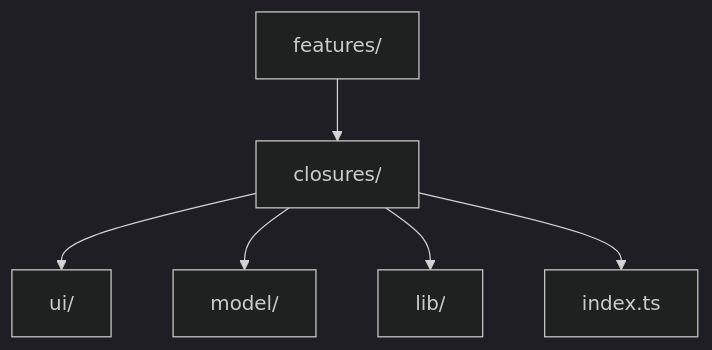
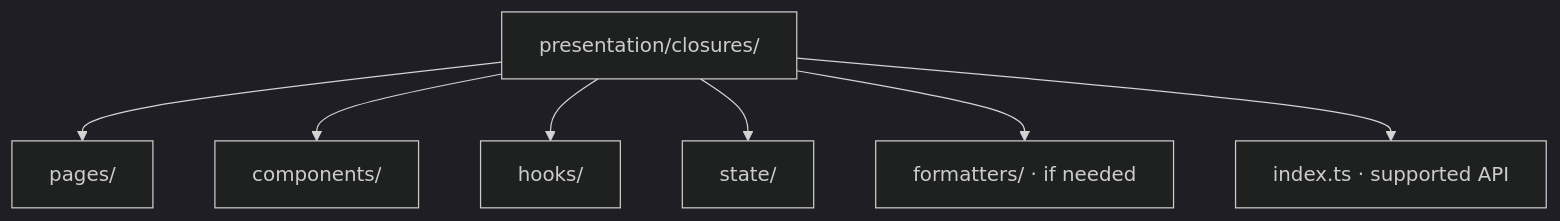
Before and after one commit to AndresTaoFlorez/software-architecture: the second of 3 diagrams in foundations/module-boundaries-and-public-apis.md, drawn with Mermaid (dark theme). The commit also changed other lines of this file and 43 other files, not shown here.

````diff
--- a/foundations/module-boundaries-and-public-apis.md
+++ b/foundations/module-boundaries-and-public-apis.md
@@ -27,14 +27,9 @@
 ```mermaid
 flowchart TD
-    N0["features/"]
-    N1["closures/"]
-    N2["ui/"]
-    N3["model/"]
-    N4["lib/"]
-    N5["index.ts"]
-    N0 --> N1
-    N1 --> N2
-    N1 --> N3
-    N1 --> N4
-    N1 --> N5
+    C["presentation/closures/"] --> P["pages/"]
+    C --> UI["components/"]
+    C --> H["hooks/"]
+    C --> S["state/"]
+    C --> F["formatters/ · if needed"]
+    C --> API["index.ts · supported API"]
 ```
````
